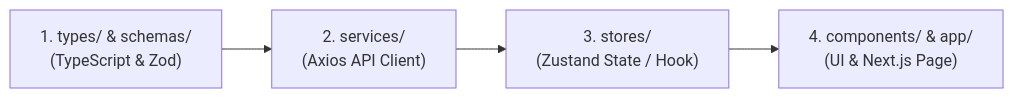
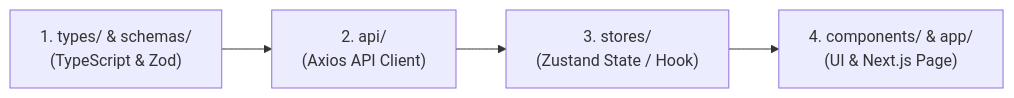
The first of 2 diagrams in docs/frontend/standards.md (hoangngocnguyen/shop-app-platform), drawn with Mermaid before and after one commit. The commit also changed other lines of this file, not shown here.

````diff
--- a/docs/frontend/standards.md
+++ b/docs/frontend/standards.md
@@ -12,6 +12,6 @@
 ```mermaid
 flowchart LR
-    Step1["1. types/ & schemas/<br/>(TypeScript & Zod)"] --> Step2["2. services/<br/>(Axios API Client)"]
+    Step1["1. types/ & schemas/<br/>(TypeScript & Zod)"] --> Step2["2. api/<br/>(Axios API Client)"]
     Step2 --> Step3["3. stores/<br/>(Zustand State / Hook)"]
     Step3 --> Step4["4. components/ & app/<br/>(UI & Next.js Page)"]
 ```
````
